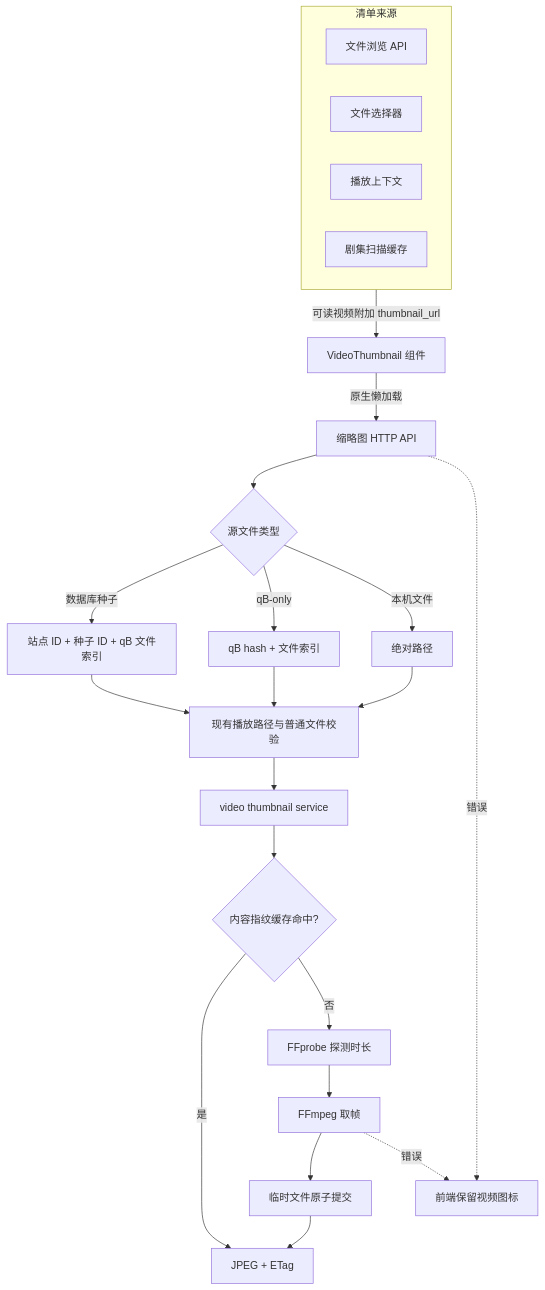
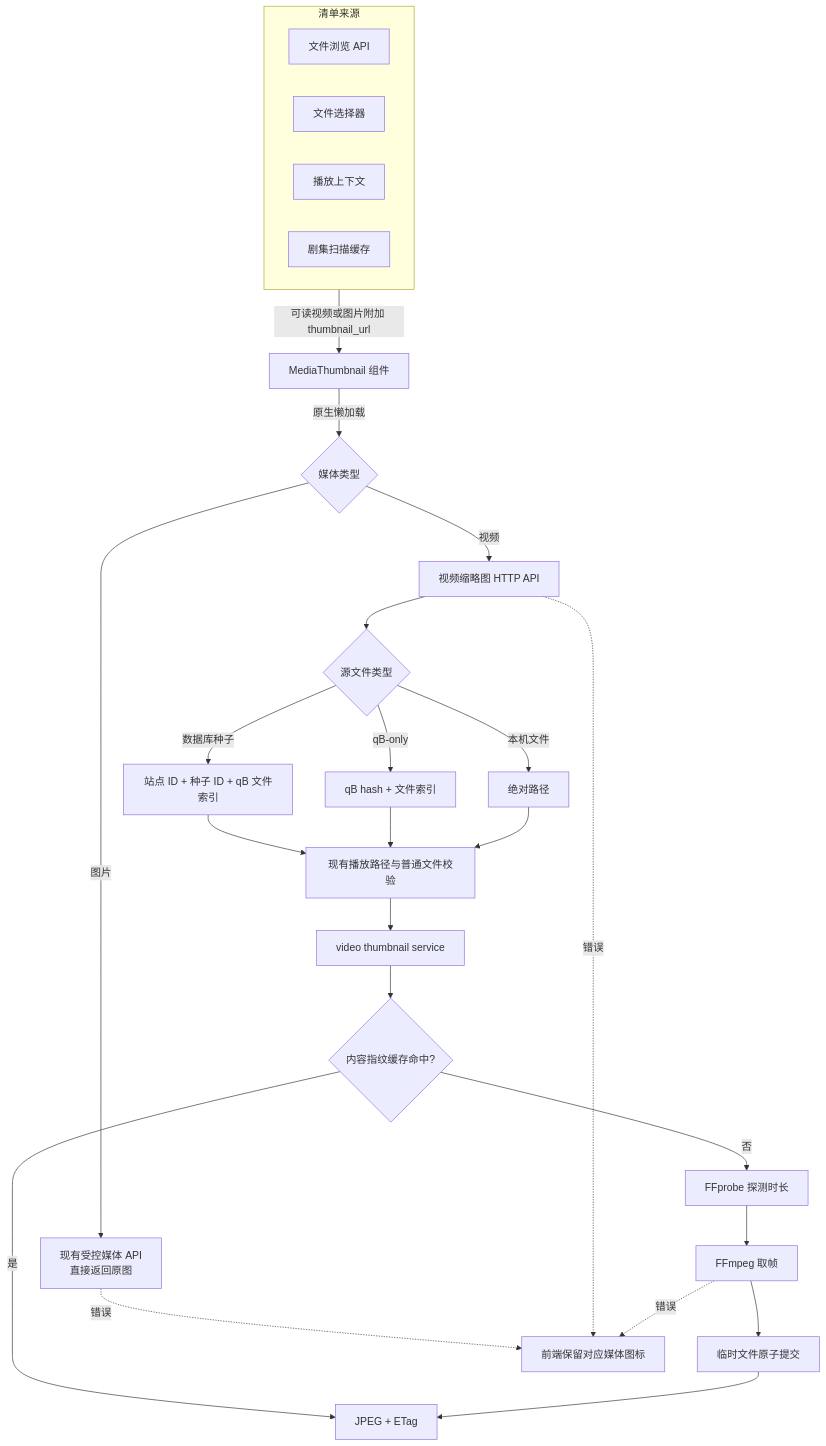
One commit to Huffer342-WSH/NexusBridge changed the first of 2 diagrams in docs/modules/video-thumbnails.md. Above: the diagram before and after it, drawn with Mermaid. The commit also changed other lines of this file and 15 other files, not shown here.

Commit message:
feat: 添加图片缩略图并优化文件列表

````diff
--- a/docs/modules/video-thumbnails.md
+++ b/docs/modules/video-thumbnails.md
@@ -16,32 +17,35 @@
 ```mermaid
 flowchart TB
     subgraph Lists[清单来源]
         Files[文件浏览 API]
         Picker[文件选择器]
         Playback[播放上下文]
         Series[剧集扫描缓存]
     end
 
-    Lists -->|可读视频附加 thumbnail_url| UI[VideoThumbnail 组件]
-    UI -->|原生懒加载| HTTP[缩略图 HTTP API]
+    Lists -->|可读视频或图片附加 thumbnail_url| UI[MediaThumbnail 组件]
+    UI -->|原生懒加载| Kind{媒体类型}
+    Kind -->|图片| Original[现有受控媒体 API<br/>直接返回原图]
+    Kind -->|视频| HTTP[视频缩略图 HTTP API]
 
     HTTP --> Resolve{源文件类型}
     Resolve -->|数据库种子| Torrent[站点 ID + 种子 ID + qB 文件索引]
     Resolve -->|qB-only| QB[qB hash + 文件索引]
     Resolve -->|本机文件| Local[绝对路径]
 
     Torrent --> Boundary[现有播放路径与普通文件校验]
     QB --> Boundary
     Local --> Boundary
     Boundary --> Cache[video thumbnail service]
 
     Cache --> Hit{内容指纹缓存命中?}
     Hit -->|是| Serve[JPEG + ETag]
     Hit -->|否| Probe[FFprobe 探测时长]
     Probe --> Generate[FFmpeg 取帧]
     Generate --> Atomic[临时文件原子提交]
     Atomic --> Serve
 
-    HTTP -. 错误 .-> Icon[前端保留视频图标]
+    Original -. 错误 .-> Icon[前端保留对应媒体图标]
+    HTTP -. 错误 .-> Icon
     Generate -. 错误 .-> Icon
 ```
````
